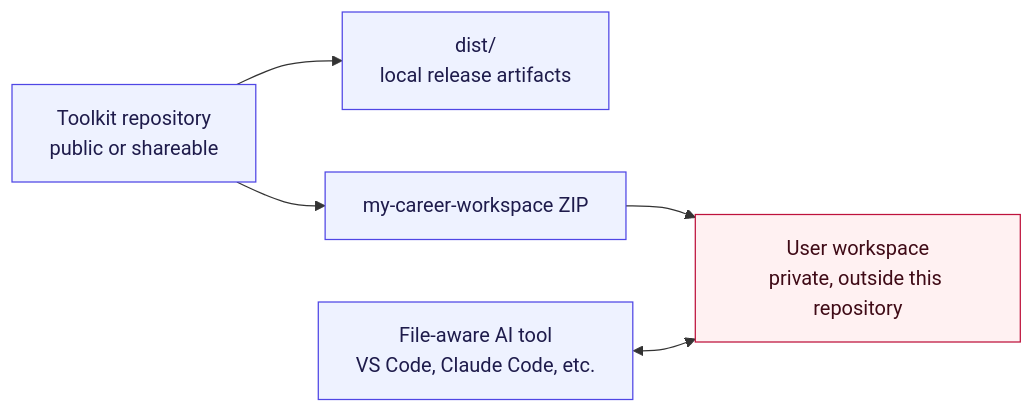
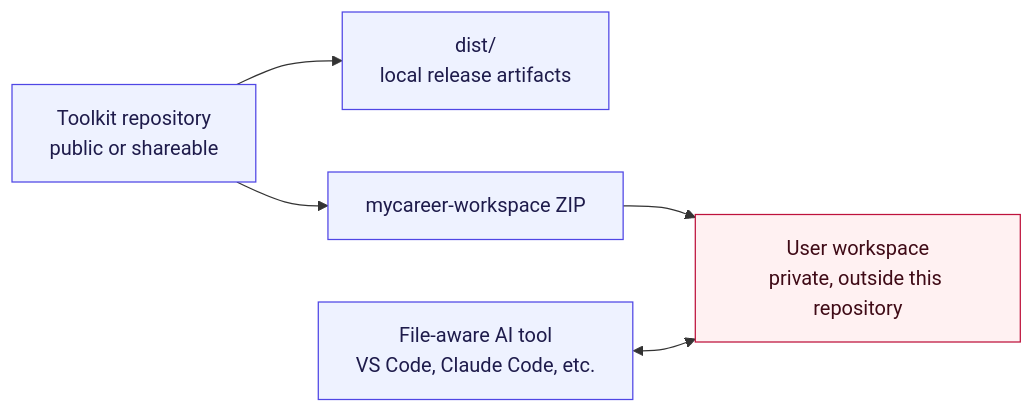
The first of 2 diagrams in docs/architecture.md (JeromeJ77/career-ai-toolkit), drawn with Mermaid before and after one commit. The commit also changed other lines of this file and 22 other files, not shown here.

First line of the commit message:
refactor: name the product MyCareer Workspace in one word

````diff
--- a/docs/architecture.md
+++ b/docs/architecture.md
@@ -21,18 +21,18 @@
 ```mermaid
 flowchart LR
     repo["Toolkit repository<br/>public or shareable"]
     dist["dist/<br/>local release artifacts"]
-    workspaceZip["my-career-workspace ZIP"]
+    workspaceZip["mycareer-workspace ZIP"]
     userWorkspace["User workspace<br/>private, outside this repository"]
     aiTool["File-aware AI tool<br/>VS Code, Claude Code, etc."]
 
     repo --> workspaceZip
     repo --> dist
     workspaceZip --> userWorkspace
     aiTool <--> userWorkspace
 
     classDef privateNode fill:#fff1f2,stroke:#be123c,color:#3f0a16;
     classDef publicNode fill:#eef2ff,stroke:#4f46e5,color:#1e1b4b;
     class userWorkspace privateNode;
     class repo,dist,workspaceZip,aiTool publicNode;
 ```
````
